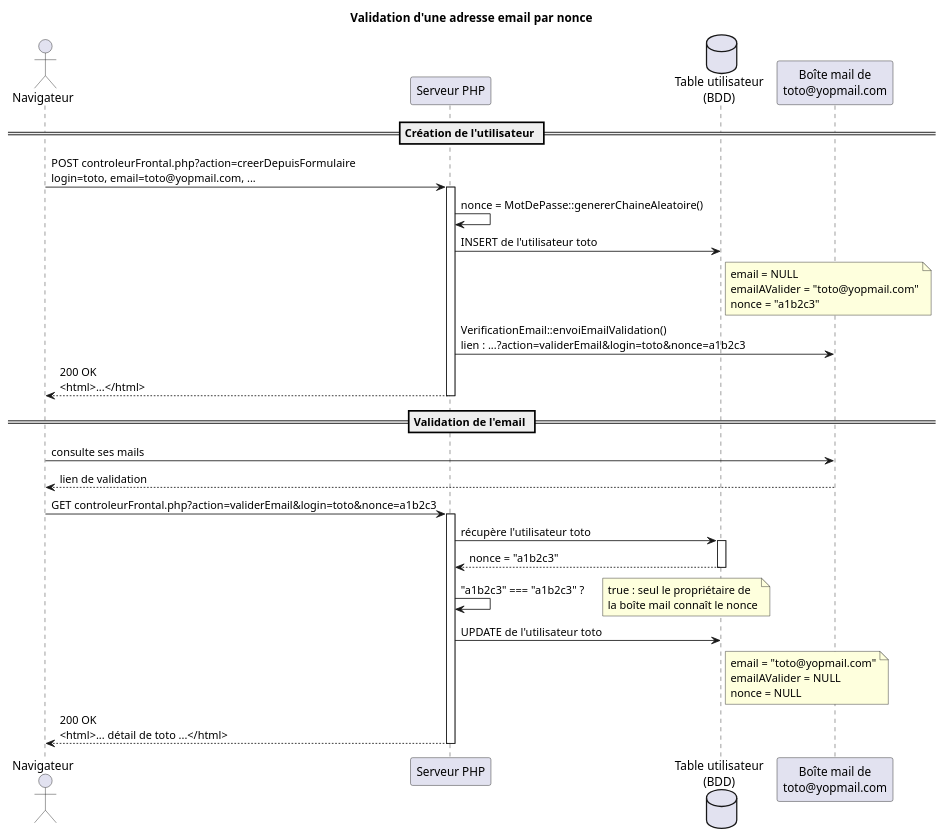
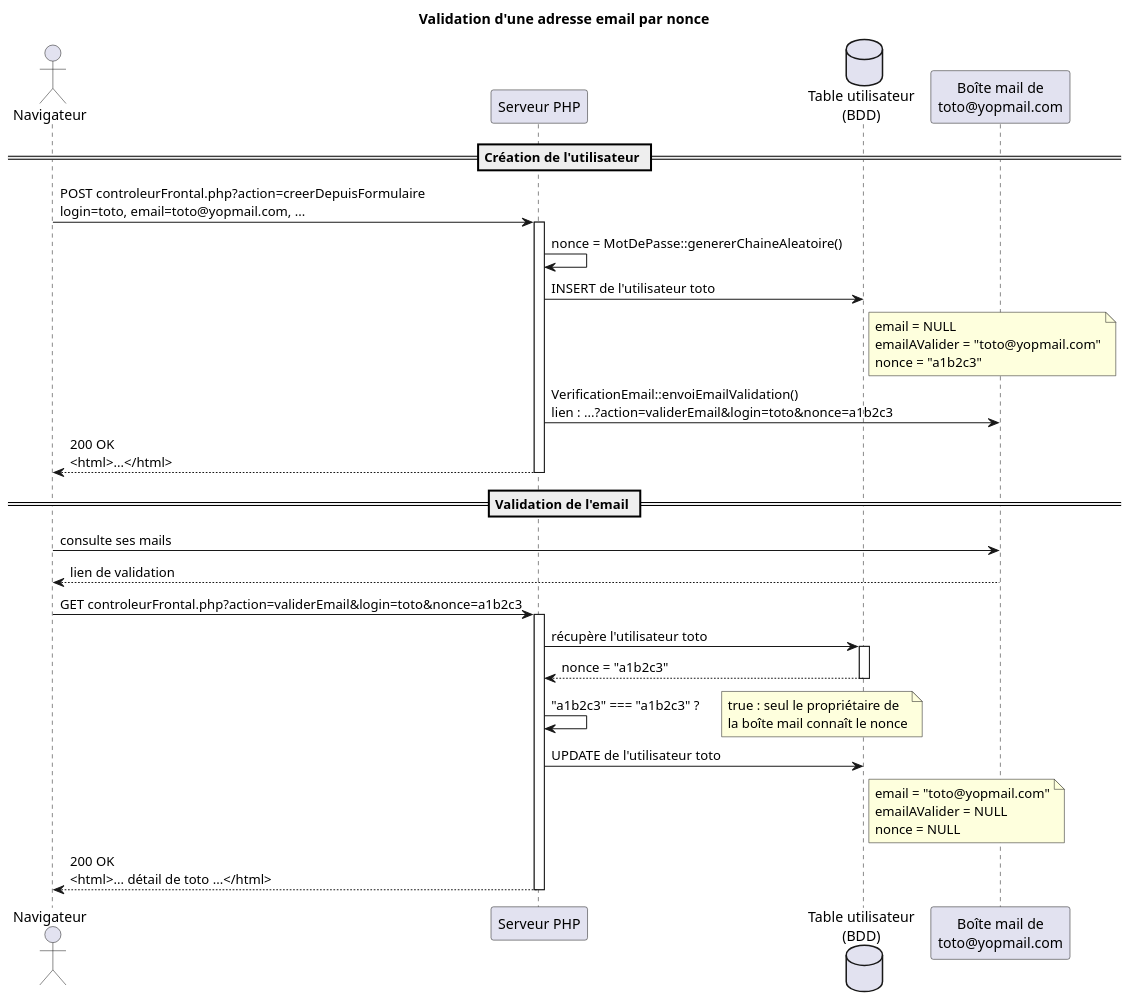
The diagram in assets/TD8/validation-email.puml (romainlebreton/R3.01-DeveloppementWeb), drawn with PlantUML before and after one commit. The commit also changed 30 other files, not shown here.

Commit message:
Diagrammes plantuml du TD6 en interne Modifie style <object svg>

```diff
--- a/assets/TD8/validation-email.puml
+++ b/assets/TD8/validation-email.puml
@@ -1,42 +1,43 @@
 @startuml
+scale 1.2
 title Validation d'une adresse email par nonce
 skinparam sequenceMessageAlign left
 actor "Navigateur" as C
 participant "Serveur PHP" as S
 database "Table utilisateur\n(BDD)" as B
 participant "Boîte mail de\ntoto@yopmail.com" as M
 
 == Création de l'utilisateur ==
 C -> S : POST controleurFrontal.php?action=creerDepuisFormulaire\nlogin=toto, email=toto@yopmail.com, ...
 activate S
 S -> S : nonce = MotDePasse::genererChaineAleatoire()
 S -> B : INSERT de l'utilisateur toto
 note right of B
   email = NULL
   emailAValider = "toto@yopmail.com"
   nonce = "a1b2c3"
 end note
 S -> M : VerificationEmail::envoiEmailValidation()\nlien : ...?action=validerEmail&login=toto&nonce=a1b2c3
 S --> C : 200 OK\n<html>...</html>
 deactivate S
 
 == Validation de l'email ==
 C -> M : consulte ses mails
 M --> C : lien de validation
 C -> S : GET controleurFrontal.php?action=validerEmail&login=toto&nonce=a1b2c3
 activate S
 S -> B : récupère l'utilisateur toto
 activate B
 B --> S : nonce = "a1b2c3"
 deactivate B
 S -> S : "a1b2c3" === "a1b2c3" ?
 note right : true : seul le propriétaire de\nla boîte mail connaît le nonce
 S -> B : UPDATE de l'utilisateur toto
 note right of B
   email = "toto@yopmail.com"
   emailAValider = NULL
   nonce = NULL
 end note
 S --> C : 200 OK\n<html>... détail de toto ...</html>
 deactivate S
 @enduml
```
